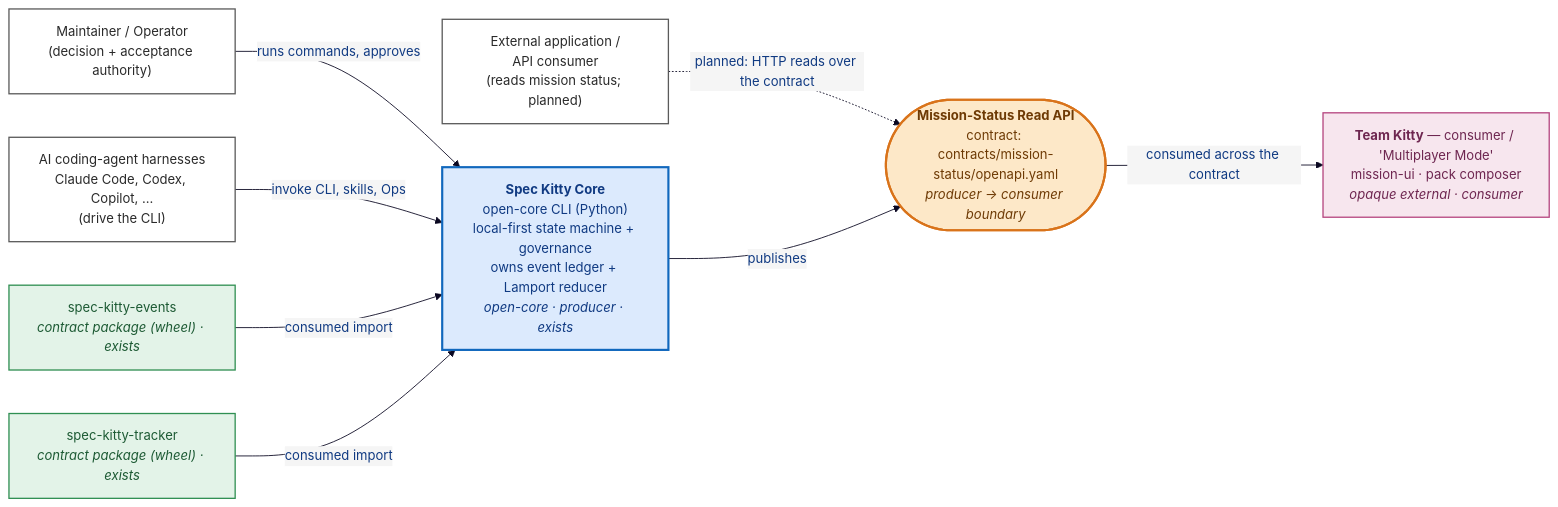
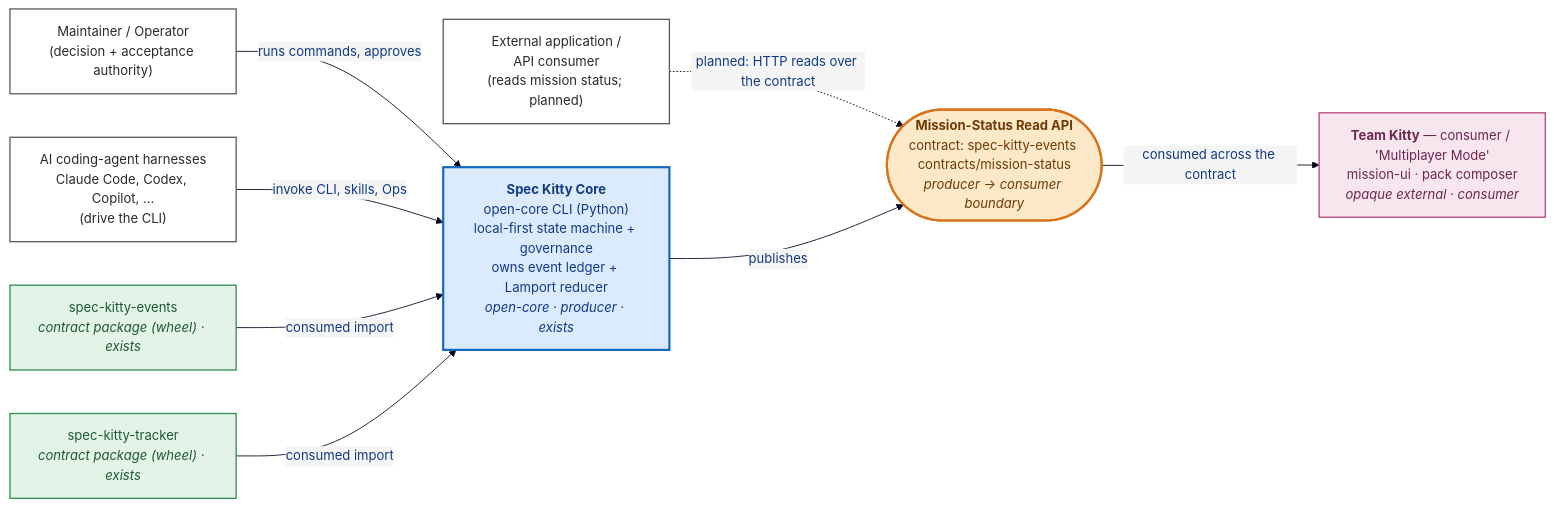
The third of 4 diagrams in docs/architecture/diagrams/01_context/README.md (spec-kitty/spec-kitty), drawn with Mermaid before and after one commit. The commit also changed other lines of this file and 29 other files, not shown here.

````diff
--- a/docs/architecture/diagrams/01_context/README.md
+++ b/docs/architecture/diagrams/01_context/README.md
@@ -124,36 +126,36 @@
 ```mermaid
 %%{init: {'theme':'base','themeVariables': {
   'fontFamily': 'Trebuchet MS, Verdana, Arial, sans-serif',
   'fontSize': '15px',
   'primaryColor': '#f5f5f5',
   'primaryTextColor': '#103a82',
   'primaryBorderColor': '#1c75cc',
   'lineColor': '#0a0721'
 }}}%%
 flowchart LR
     operator["Maintainer / Operator<br/>(decision + acceptance authority)"]
     harness["AI coding-agent harnesses<br/>Claude Code, Codex, Copilot, …<br/>(drive the CLI)"]
     apiConsumer["External application /<br/>API consumer<br/>(reads mission status; planned)"]
     events["spec-kitty-events<br/><i>contract package (wheel) · exists</i>"]
     tracker["spec-kitty-tracker<br/><i>contract package (wheel) · exists</i>"]
     core["<b>Spec Kitty Core</b><br/>open-core CLI (Python)<br/>local-first state machine + governance<br/>owns event ledger + Lamport reducer<br/><i>open-core · producer · exists</i>"]
-    seam(["<b>Mission-Status Read API</b><br/>contract: contracts/mission-status/openapi.yaml<br/><i>producer → consumer boundary</i>"])
+    seam(["<b>Mission-Status Read API</b><br/>contract: spec-kitty-events contracts/mission-status<br/><i>producer → consumer boundary</i>"])
     teamkitty["<b>Team Kitty</b> — consumer / 'Multiplayer Mode'<br/>mission-ui · pack composer<br/><i>opaque external · consumer</i>"]
     operator -->|runs commands, approves| core
     harness -->|invoke CLI, skills, Ops| core
     apiConsumer -.->|planned: HTTP reads over the contract| seam
     events -->|consumed import| core
     tracker -->|consumed import| core
     core -->|publishes| seam
     seam -->|consumed across the contract| teamkitty
     classDef coreProducer fill:#dceafd,stroke:#1168bd,color:#103a82,stroke-width:2.5px;
     classDef pkg fill:#e3f3e8,stroke:#2f8f52,color:#1d5a34,stroke-width:1.5px;
     classDef seam fill:#fde8c8,stroke:#d9731a,color:#6e3a05,stroke-width:2.5px;
     classDef consumer fill:#f7e6ee,stroke:#b5457f,color:#6e2650,stroke-width:1.5px;
     classDef actor fill:#ffffff,stroke:#5a5a5a,color:#2a2a2a,stroke-width:1.5px;
     class core coreProducer;
     class events,tracker pkg;
     class seam seam;
     class teamkitty consumer;
     class operator,harness,apiConsumer actor;
 ```
````
